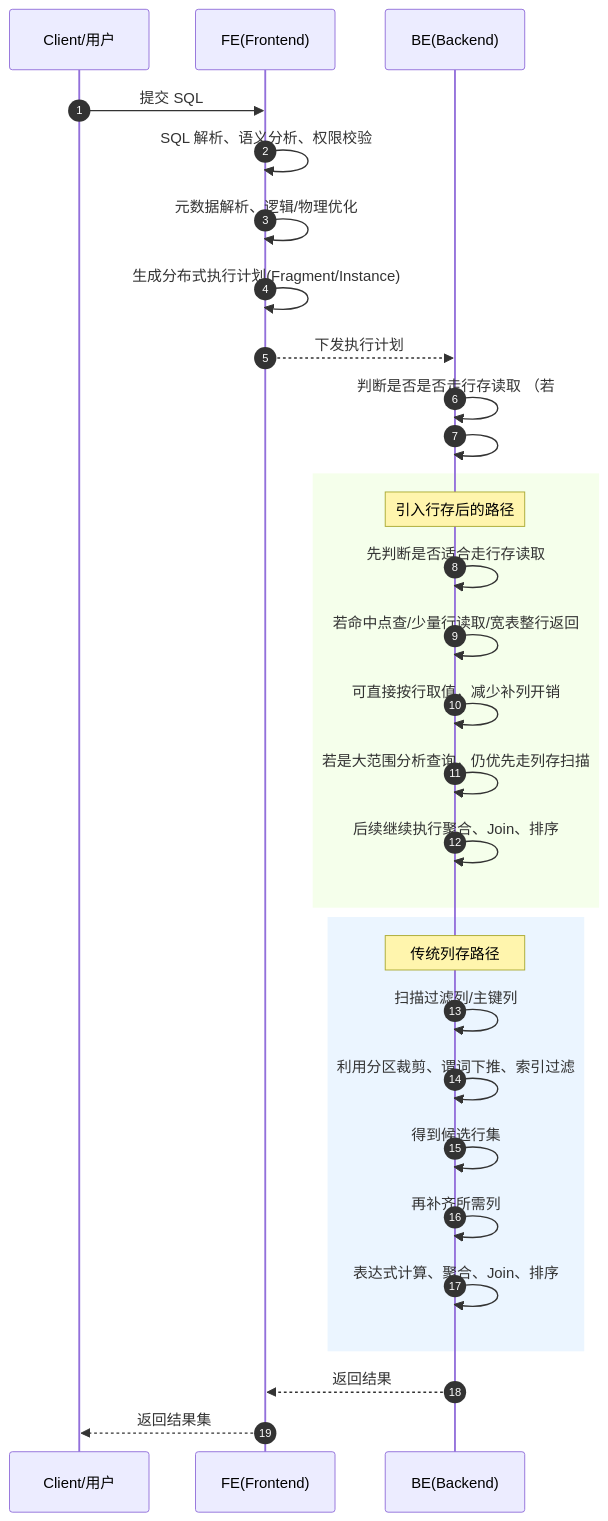
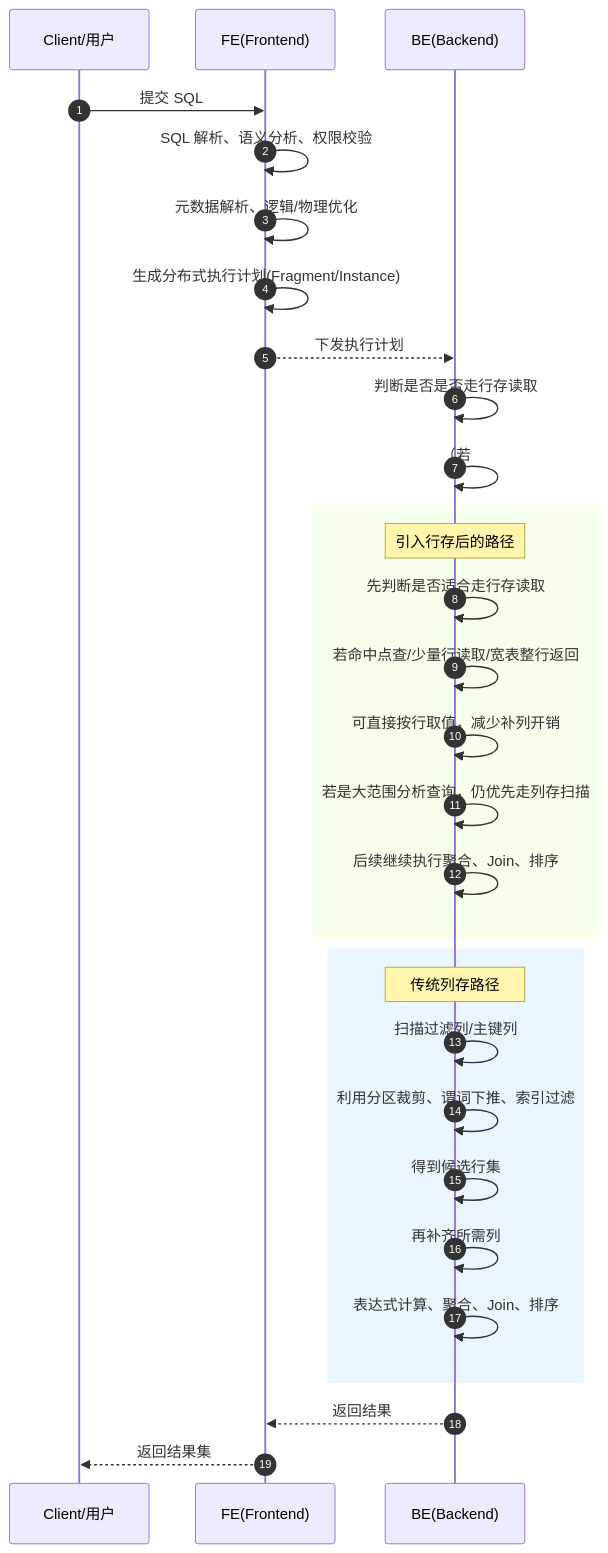
One commit to HY-10-8/iodraw-files changed the diagram in all/未命名-4.md. Above: the diagram before and after it, drawn with Mermaid.

Commit message:
2026-04-22 17:41:13 update

````diff
--- a/all/未命名-4.md
+++ b/all/未命名-4.md
@@ -1,50 +1,50 @@
 ```mermaid
 sequenceDiagram
     autonumber
 
     participant Client as Client/用户
     participant FE as FE(Frontend)
     participant BE as BE(Backend)
     
     Client->>FE: 提交 SQL
     FE->>FE: SQL 解析、语义分析、权限校验
     FE->>FE: 元数据解析、逻辑/物理优化
     FE->>FE: 生成分布式执行计划(Fragment/Instance)
     FE-->>BE: 下发执行计划
 
-    BE->>BE: 判断是否是否走行存读取 （若 
-    BE->>BE: 
+    BE->>BE: 判断是否是否走行存读取
+    BE->>BE:  （若 
 
 
 
     rect rgb(245,255,235)
         Note over BE: 引入行存后的路径
         BE->>BE: 先判断是否适合走行存读取
         BE->>BE: 若命中点查/少量行读取/宽表整行返回
         BE->>BE: 可直接按行取值，减少补列开销
         BE->>BE: 若是大范围分析查询，仍优先走列存扫描
         BE->>BE: 后续继续执行聚合、Join、排序
     end
 
 
     rect rgb(235,245,255)
         Note over BE: 传统列存路径
         BE->>BE: 扫描过滤列/主键列
         BE->>BE: 利用分区裁剪、谓词下推、索引过滤
         BE->>BE: 得到候选行集
         BE->>BE: 再补齐所需列
         BE->>BE: 表达式计算、聚合、Join、排序
     end
 
     BE-->>FE: 返回结果
     FE-->>Client: 返回结果集
 
 
 
 
 
 
 
 
 
 ```
````
